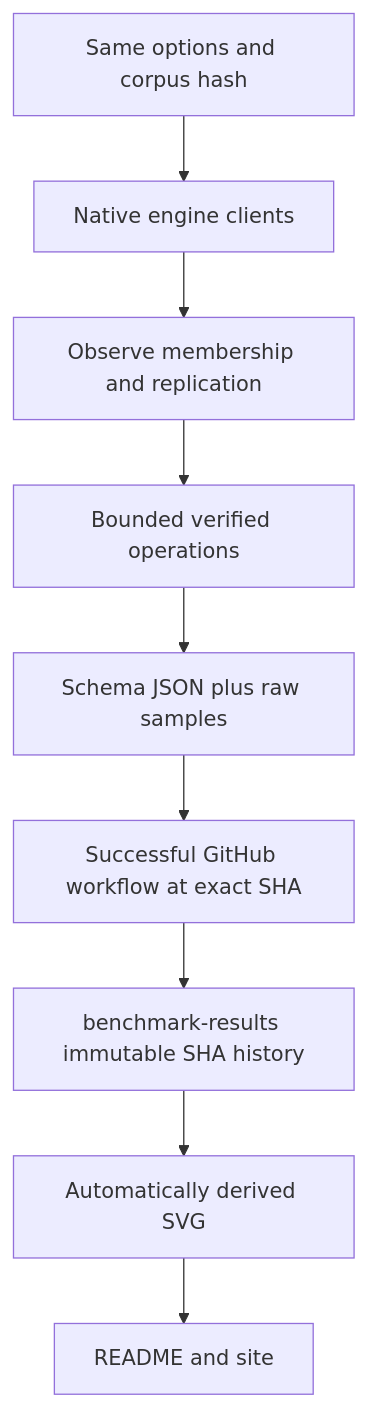
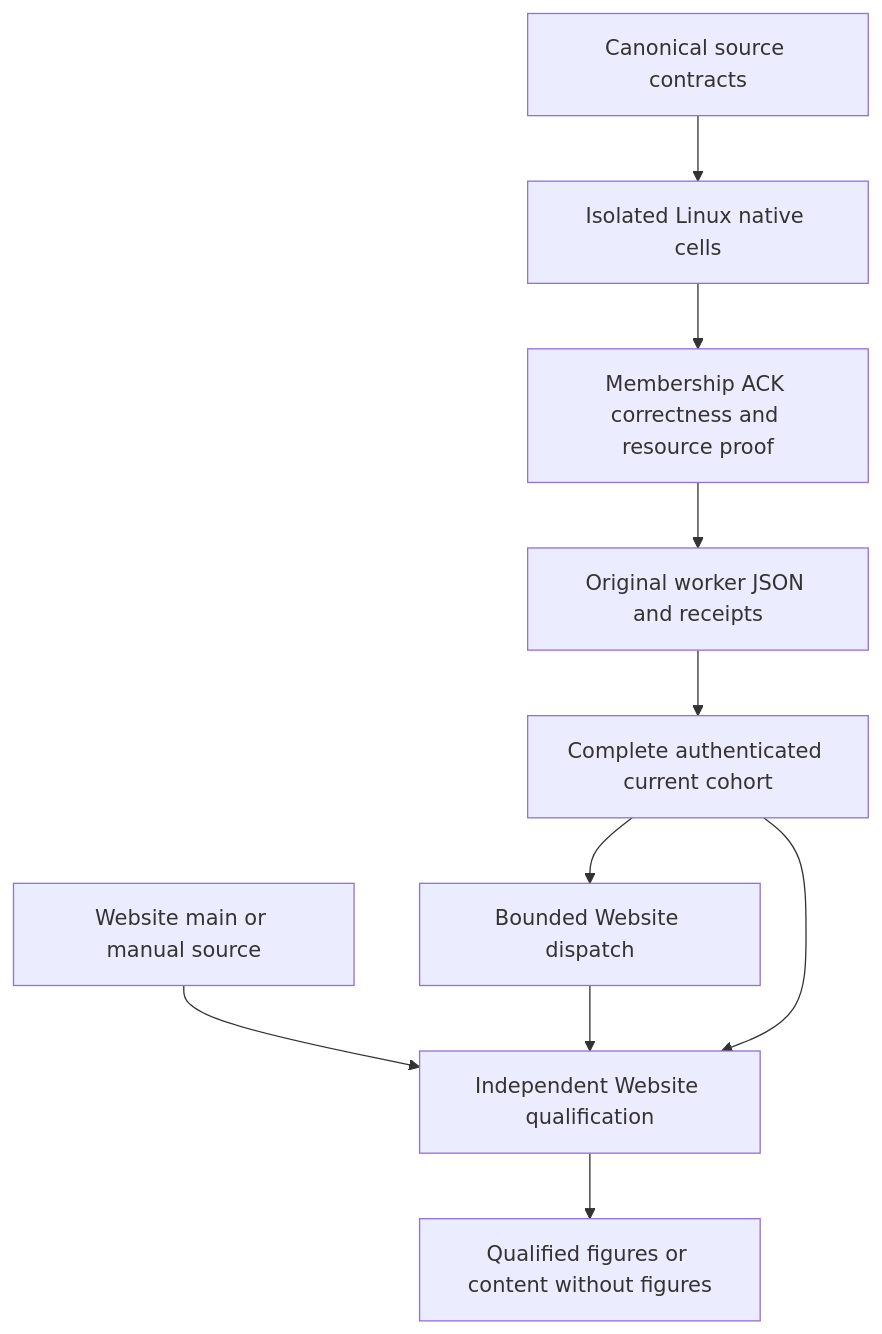
Before and after one commit to managedcode/KeyLoad: the diagram in docs/ADR/ADR-034-cluster-comparisons.md, drawn with Mermaid. The commit also changed other lines of this file and 152 other files, not shown here.

Commit message:
Save current implementation and rename build/test workflow

````diff
--- a/docs/ADR/ADR-034-cluster-comparisons.md
+++ b/docs/ADR/ADR-034-cluster-comparisons.md
@@ -25,11 +108,12 @@
 ```mermaid
 flowchart TB
-    Options[Same options and corpus hash] --> Targets[Native engine clients]
-    Targets --> Membership[Observe membership and replication]
-    Membership --> Measure[Bounded verified operations]
-    Measure --> JSON[Schema JSON plus raw samples]
-    JSON --> CI[Successful GitHub workflow at exact SHA]
-    CI --> History[benchmark-results immutable SHA history]
-    History --> SVG[Automatically derived SVG]
-    SVG --> README[README and site]
+    Contract[Canonical source contracts] --> Cells[Isolated Linux native cells]
+    Cells --> Proof[Membership ACK correctness and resource proof]
+    Proof --> Raw[Original worker JSON and receipts]
+    Raw --> Aggregate[Complete authenticated current cohort]
+    Aggregate --> Dispatch[Bounded Website dispatch]
+    Source[Website main or manual source] --> Website[Independent Website qualification]
+    Dispatch --> Website
+    Aggregate --> Website
+    Website --> Pages[Qualified figures or content without figures]
 ```
````
